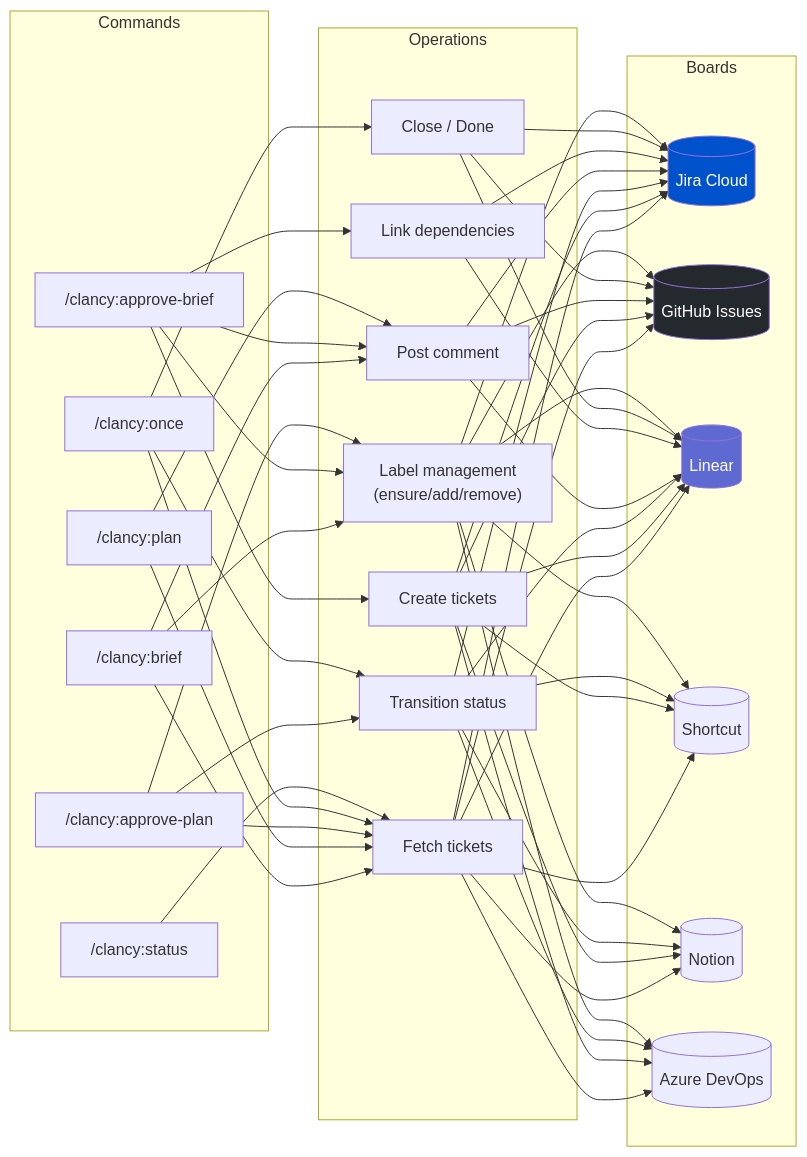
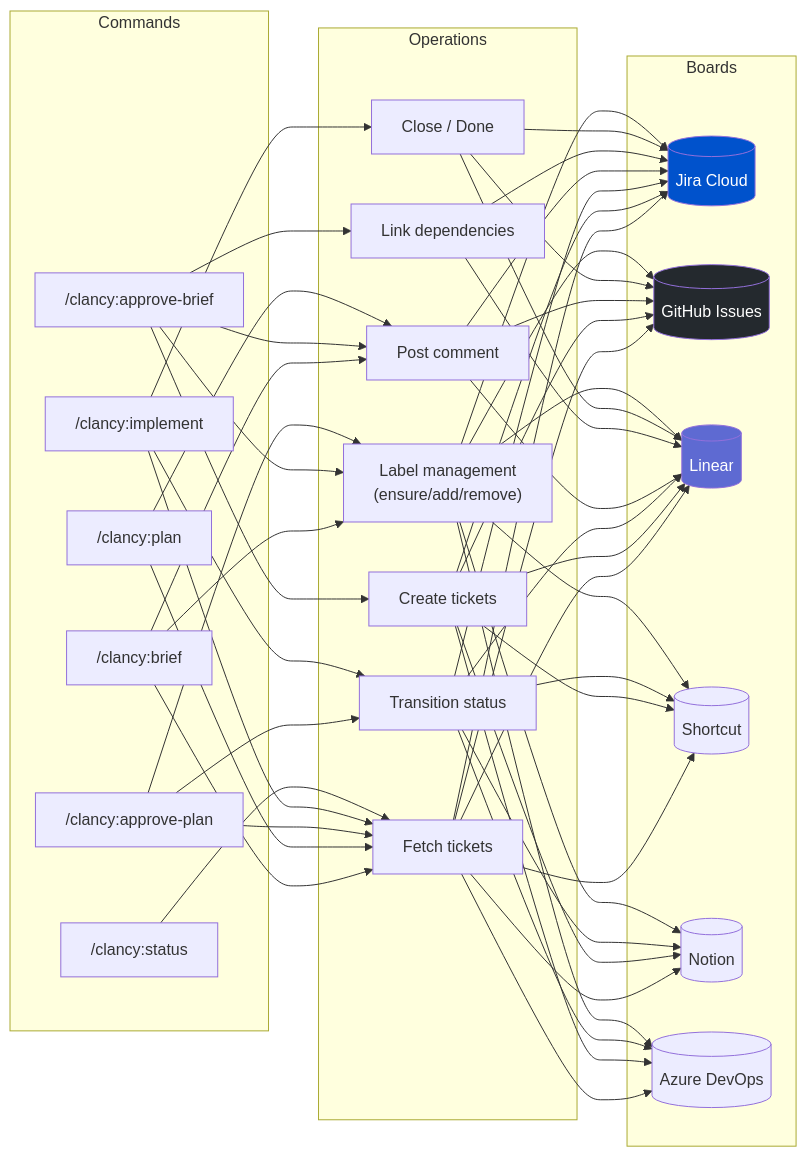
Before and after one commit to Pushedskydiver/chief-clancy: the sixth of 14 diagrams in docs/VISUAL-ARCHITECTURE.md, drawn with Mermaid. The commit also changed other lines of this file and 35 other files, not shown here.

```diff
--- a/docs/VISUAL-ARCHITECTURE.md
+++ b/docs/VISUAL-ARCHITECTURE.md
@@ -328,7 +328,7 @@
         approvebrief["/clancy:approve-brief"]
         plan["/clancy:plan"]
         approveplan["/clancy:approve-plan"]
-        once["/clancy:once"]
+        once["/clancy:implement"]
         status["/clancy:status"]
     end
 
```
